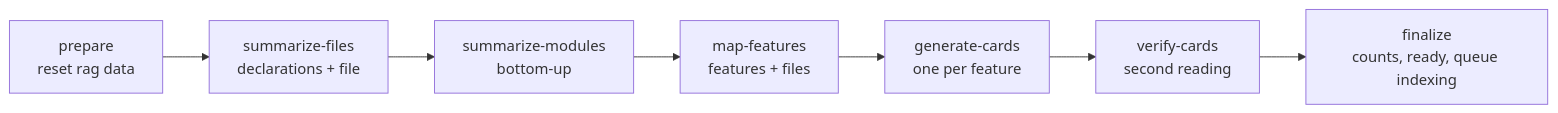
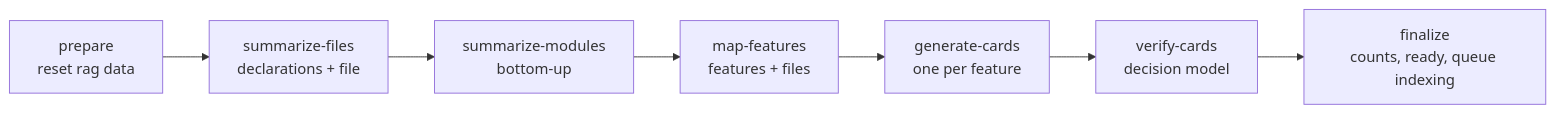
The seventh of 15 diagrams in docs/flows.md (CalogeroPisano/rag-generator-app), drawn with Mermaid before and after one commit. The commit also changed other lines of this file and 424 other files, not shown here.

First line of the commit message:
refactor: hexagonal architecture and card verification by a decision model

````diff
--- a/docs/flows.md
+++ b/docs/flows.md
@@ -179,7 +179,7 @@
 ```mermaid
 flowchart LR
   prepare["prepare<br/>reset rag data"] --> files["summarize-files<br/>declarations + file"]
   files --> modules["summarize-modules<br/>bottom-up"] --> map["map-features<br/>features + files"]
-  map --> cards["generate-cards<br/>one per feature"] --> verify["verify-cards<br/>second reading"]
+  map --> cards["generate-cards<br/>one per feature"] --> verify["verify-cards<br/>decision model"]
   verify --> finalize["finalize<br/>counts, ready, queue indexing"]
 ```
````
